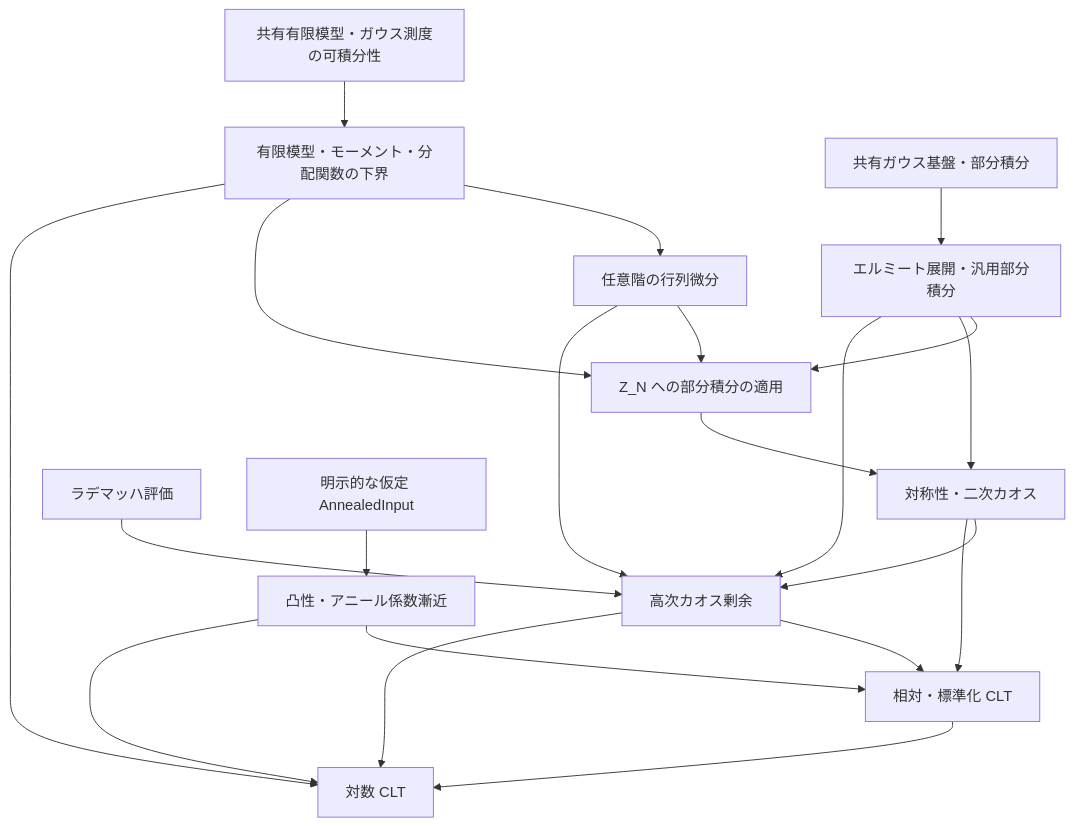
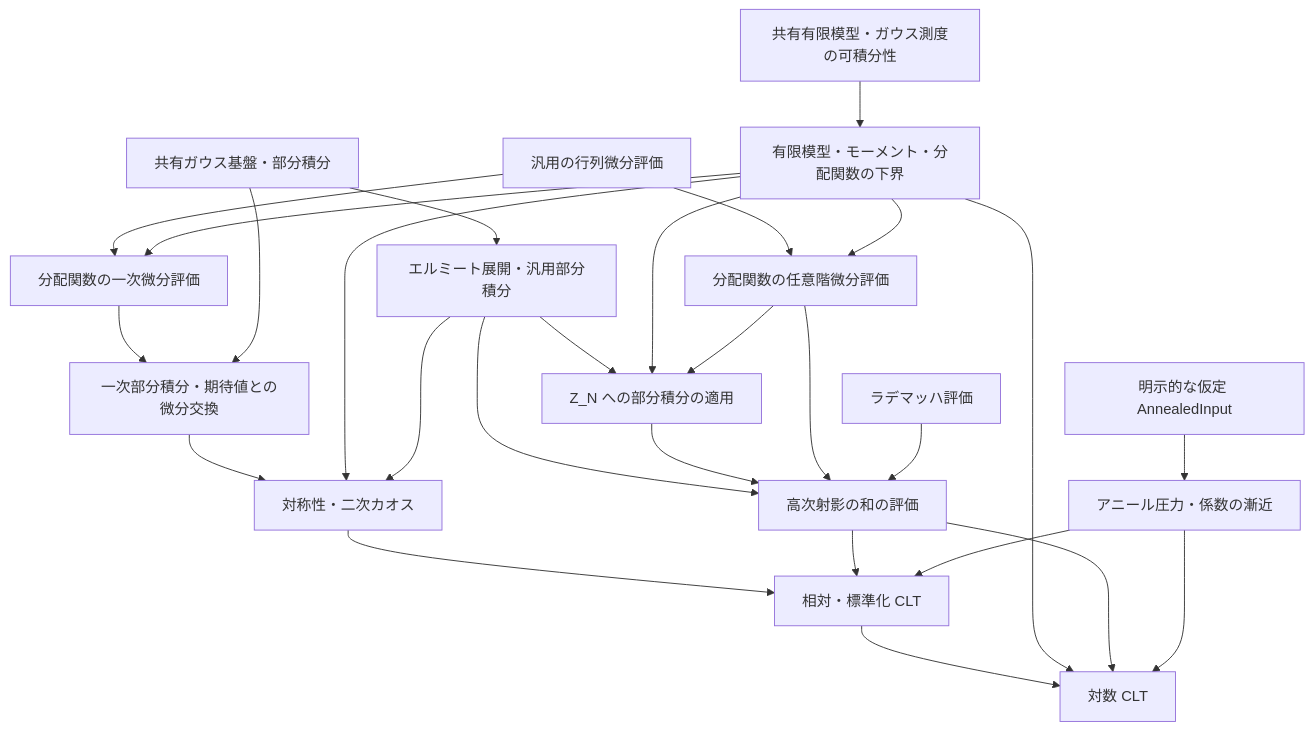
One commit to TokyoProbabilityGroup/SYK_CLT changed the diagram in CLT/ARCHITECTURE.md. Above: the diagram before and after it, drawn with Mermaid. The commit also changed other lines of this file and 19 other files, not shown here.

````diff
--- a/CLT/ARCHITECTURE.md
+++ b/CLT/ARCHITECTURE.md
@@ -146,23 +143,29 @@
 ```mermaid
 flowchart TD
     shared["共有有限模型・ガウス測度の可積分性"] --> finite["有限模型・モーメント・分配関数の下界"]
     gaussian["共有ガウス基盤・部分積分"] --> hermite["エルミート展開・汎用部分積分"]
-    finite --> derivatives["任意階の行列微分"]
+    derivatives["汎用の行列微分評価"] --> firstDerivatives["分配関数の一次微分評価"]
+    finite --> firstDerivatives
+    firstDerivatives --> firstIBP["一次部分積分・期待値との微分交換"]
+    gaussian --> firstIBP
+    firstIBP --> second["対称性・二次カオス"]
+    finite --> second
+    hermite --> second
+    derivatives --> zDerivatives["分配関数の任意階微分評価"]
+    finite --> zDerivatives
     hermite --> zIBP["Z_N への部分積分の適用"]
     finite --> zIBP
-    derivatives --> zIBP
-    zIBP --> second["対称性・二次カオス"]
-    hermite --> second
-    hermite --> remainder["高次カオス剰余"]
-    second --> remainder
-    derivatives --> remainder
+    zDerivatives --> zIBP
+    hermite --> remainder["高次射影の和の評価"]
+    zIBP --> remainder
+    zDerivatives --> remainder
     rademacher["ラデマッハ評価"] --> remainder
-    external["明示的な仮定 AnnealedInput"] --> annealed["凸性・アニール係数漸近"]
+    external["明示的な仮定 AnnealedInput"] --> annealed["アニール圧力・係数の漸近"]
     second --> clt["相対・標準化 CLT"]
     remainder --> clt
     annealed --> clt
     clt --> logclt["対数 CLT"]
     finite --> logclt
     remainder --> logclt
     annealed --> logclt
 ```
````
